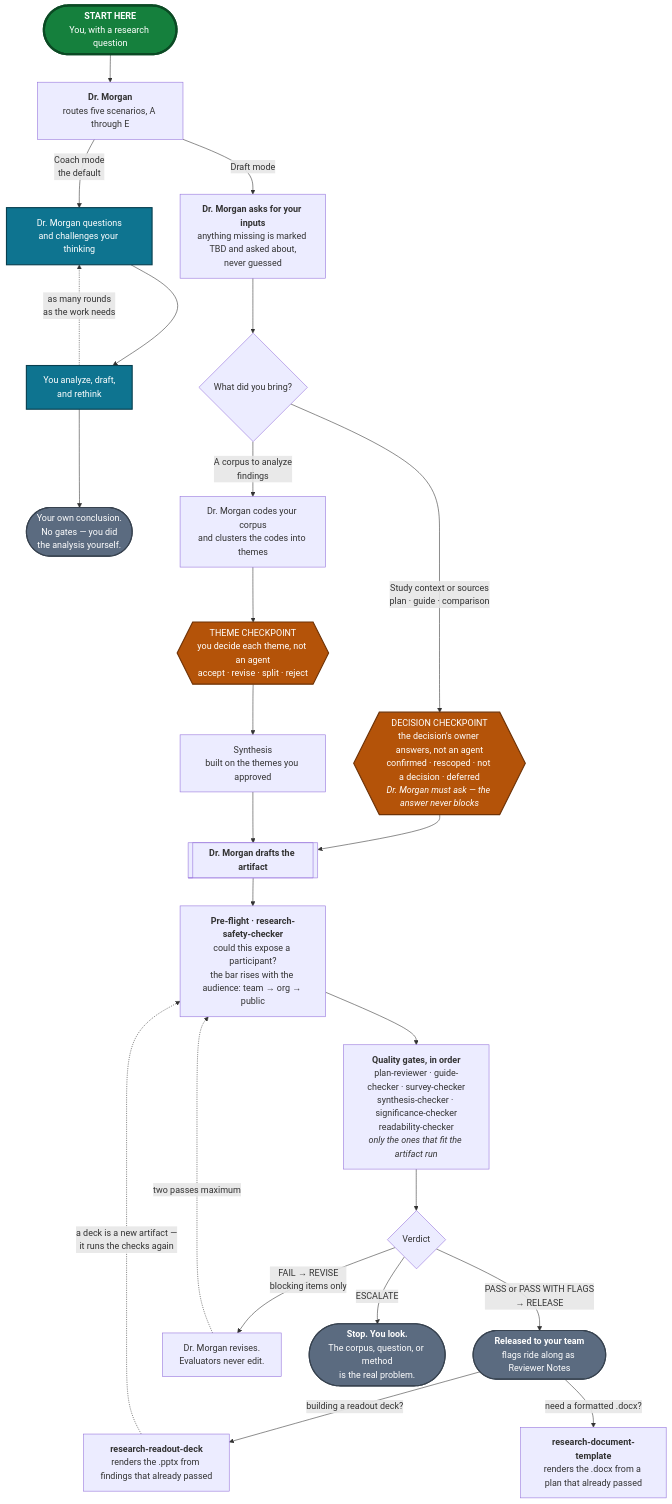
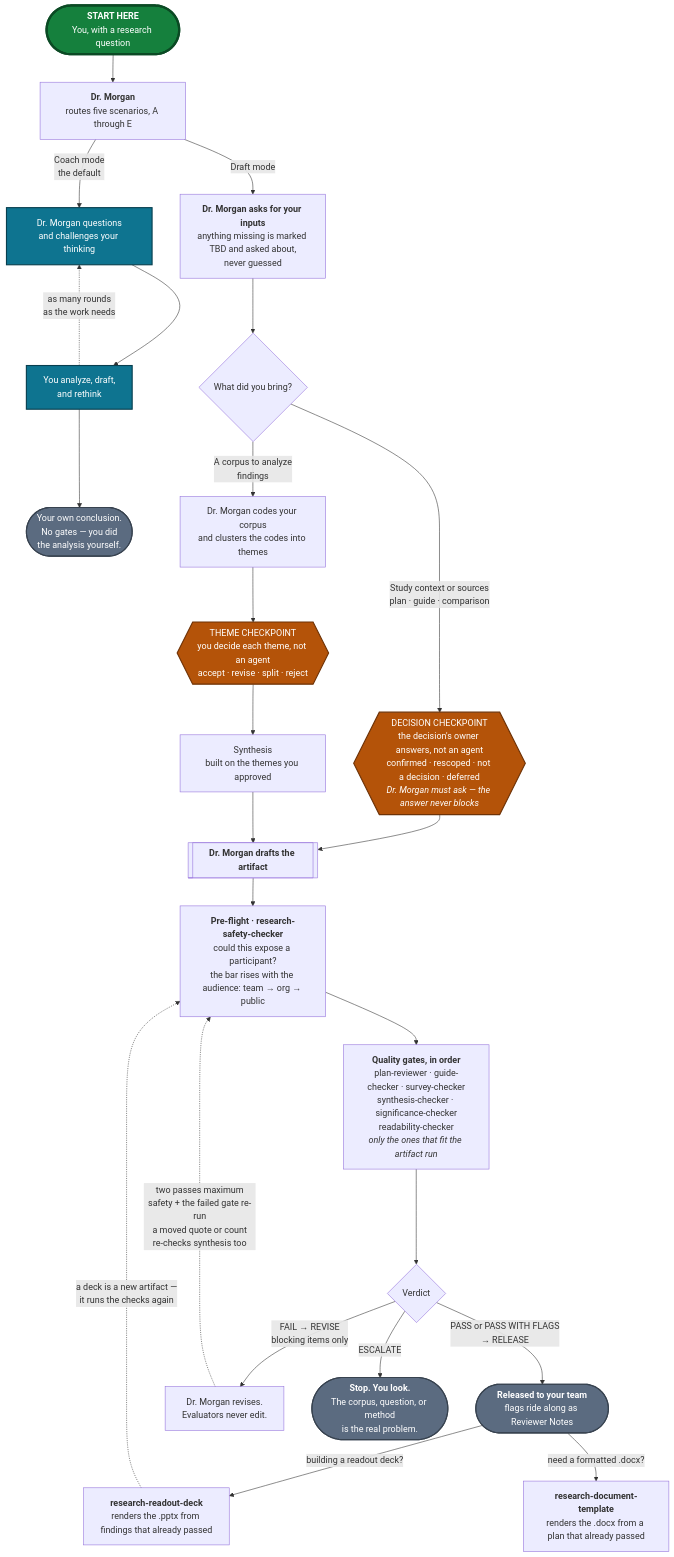
The diagram in README.md (kirstenhosic/UX-Research-Skills-IBM-Secure), drawn with Mermaid before and after one commit.

Commit message:
Update the flowchart's revise loop to match the re-run rule
The dotted edge said only "two passes maximum" and routed through the
full gate stack, implying every gate re-runs on revision. The rule is
narrower: safety and the failed gate, plus synthesis when the fix moved
a quote, a count, or an attribution. The edge label now says so.

````diff
--- a/README.md
+++ b/README.md
@@ -219,53 +219,53 @@
 ```mermaid
 flowchart TD
     START(["<b>START HERE</b><br/>You, with a research question"])
     START --> DM
 
     DM["<b>Dr. Morgan</b><br/>routes five scenarios, A through E"]
 
     DM -->|"Coach mode<br/>the default"| COACH["Dr. Morgan questions<br/>and challenges your thinking"]
     COACH --> WORK["You analyze, draft,<br/>and rethink"]
     WORK -.->|"as many rounds<br/>as the work needs"| COACH
     WORK --> ENDC(["Your own conclusion.<br/>No gates — you did<br/>the analysis yourself."])
 
     DM -->|"Draft mode"| IN["<b>Dr. Morgan asks for your inputs</b><br/>anything missing is marked TBD and asked about,<br/>never guessed"]
     IN --> Q{"What did you bring?"}
 
     ART[["<b>Dr. Morgan drafts the artifact</b>"]]
     CL["Dr. Morgan codes your corpus<br/>and clusters the codes into themes"]
 
     Q -->|"Study context or sources<br/>plan · guide · comparison"| DC
     Q -->|"A corpus to analyze<br/>findings"| CL
 
     DC{{"DECISION CHECKPOINT<br/>the decision's owner answers, not an agent<br/>confirmed · rescoped · not a decision · deferred<br/><i>Dr. Morgan must ask — the answer never blocks</i>"}}
     DC --> ART
 
     CL --> TC{{"THEME CHECKPOINT<br/>you decide each theme, not an agent<br/>accept · revise · split · reject"}}
     TC --> SY["Synthesis<br/>built on the themes you approved"]
     SY --> ART
 
     ART --> PF["<b>Pre-flight · research-safety-checker</b><br/>could this expose a participant?<br/>the bar rises with the audience: team → org → public"]
     PF --> G["<b>Quality gates, in order</b><br/>plan-reviewer · guide-checker · survey-checker<br/>synthesis-checker · significance-checker<br/>readability-checker<br/><i>only the ones that fit the artifact run</i>"]
     G --> V{"Verdict"}
 
     V -->|"PASS or PASS WITH FLAGS<br/>→ RELEASE"| ENDR(["<b>Released to your team</b><br/>flags ride along as Reviewer Notes"])
 
     V -->|"FAIL → REVISE<br/>blocking items only"| RV["Dr. Morgan revises.<br/>Evaluators never edit."]
-    RV -.->|"two passes maximum"| PF
+    RV -.->|"two passes maximum<br/>safety + the failed gate re-run<br/>a moved quote or count<br/>re-checks synthesis too"| PF
 
     V -->|"ESCALATE"| ENDE(["<b>Stop. You look.</b><br/>The corpus, question, or method<br/>is the real problem."])
 
     ENDR -->|"building a readout deck?"| SK["<b>research-readout-deck</b><br/>renders the .pptx from findings that already passed"]
     SK -.->|"a deck is a new artifact —<br/>it runs the checks again"| PF
 
     ENDR -->|"need a formatted .docx?"| DOC["<b>research-document-template</b><br/>renders the .docx from a plan that already passed"]
 
     classDef entry  fill:#15803D,stroke:#0B4A24,stroke-width:4px,color:#FFFFFF
     classDef coach  fill:#0E7490,stroke:#083F4F,stroke-width:2px,color:#FFFFFF
     classDef human  fill:#B45309,stroke:#6E3206,stroke-width:2px,color:#FFFFFF
     classDef ending fill:#5B6B80,stroke:#37424F,stroke-width:2px,color:#FFFFFF
     class START entry
     class COACH,WORK coach
     class TC,DC human
     class ENDC,ENDR,ENDE ending
 ```
````
